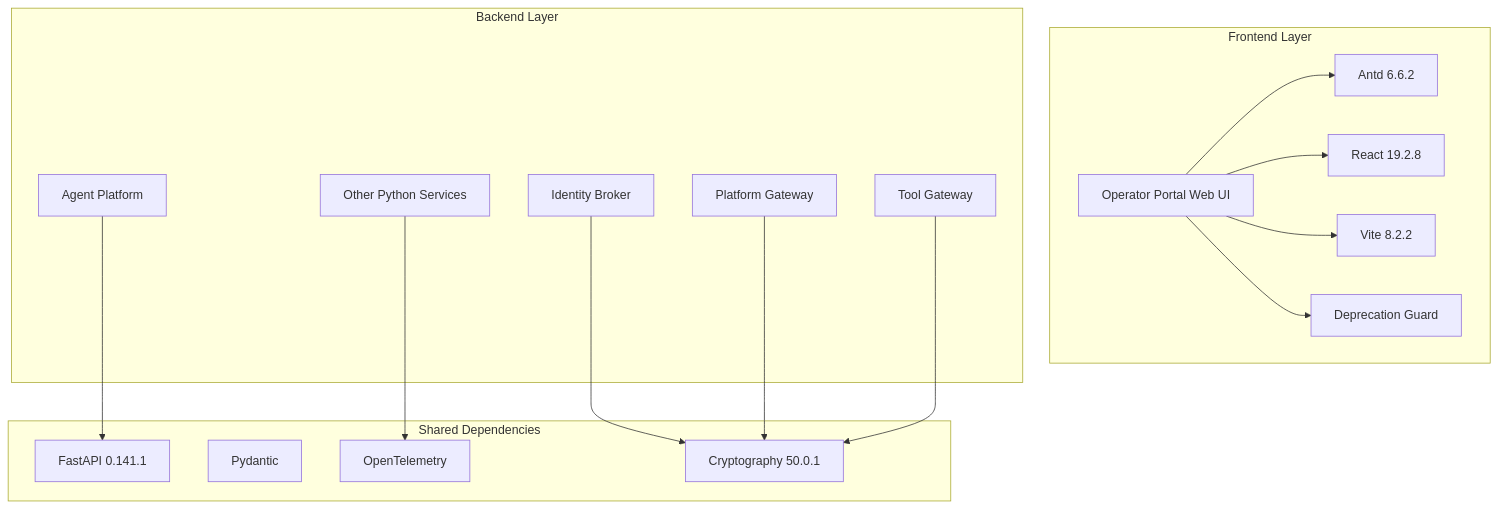
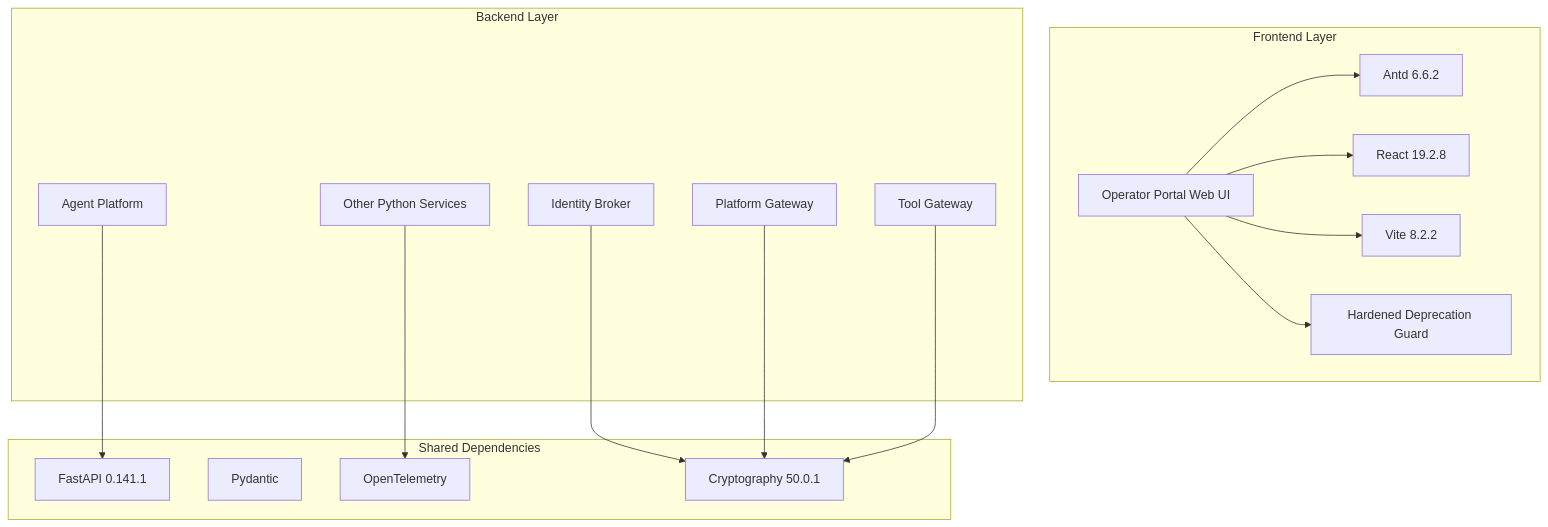
The second of 6 diagrams in .qoder/repowiki/en/content/Architecture Documentation/SPEC-042_ Portal Dependency Hygiene Specification.md (metasync/luban-aiops), drawn with Mermaid before and after one commit. The commit also changed other lines of this file and 4 other files, not shown here.

````diff
--- a/.qoder/repowiki/en/content/Architecture Documentation/SPEC-042_ Portal Dependency Hygiene Specification.md
+++ b/.qoder/repowiki/en/content/Architecture Documentation/SPEC-042_ Portal Dependency Hygiene Specification.md
@@ -130,32 +133,32 @@
 ```mermaid
 graph TB
 subgraph "Frontend Layer"
 Portal["Operator Portal Web UI"]
 Antd["Antd 6.6.2"]
 React["React 19.2.8"]
 Vite["Vite 8.2.2"]
-Guard["Deprecation Guard"]
+Guard["Hardened Deprecation Guard"]
 end
 subgraph "Backend Layer"
 AgentPlatform["Agent Platform"]
 IdentityBroker["Identity Broker"]
 PlatformGateway["Platform Gateway"]
 ToolGateway["Tool Gateway"]
 OtherServices["Other Python Services"]
 end
 subgraph "Shared Dependencies"
 FastAPI["FastAPI 0.141.1"]
 Pydantic["Pydantic"]
 OpenTelemetry["OpenTelemetry"]
 Cryptography["Cryptography 50.0.1"]
 end
 Portal --> Antd
 Portal --> React
 Portal --> Vite
 Portal --> Guard
 AgentPlatform --> FastAPI
 IdentityBroker --> Cryptography
 PlatformGateway --> Cryptography
 ToolGateway --> Cryptography
 OtherServices --> OpenTelemetry
 ```
````
